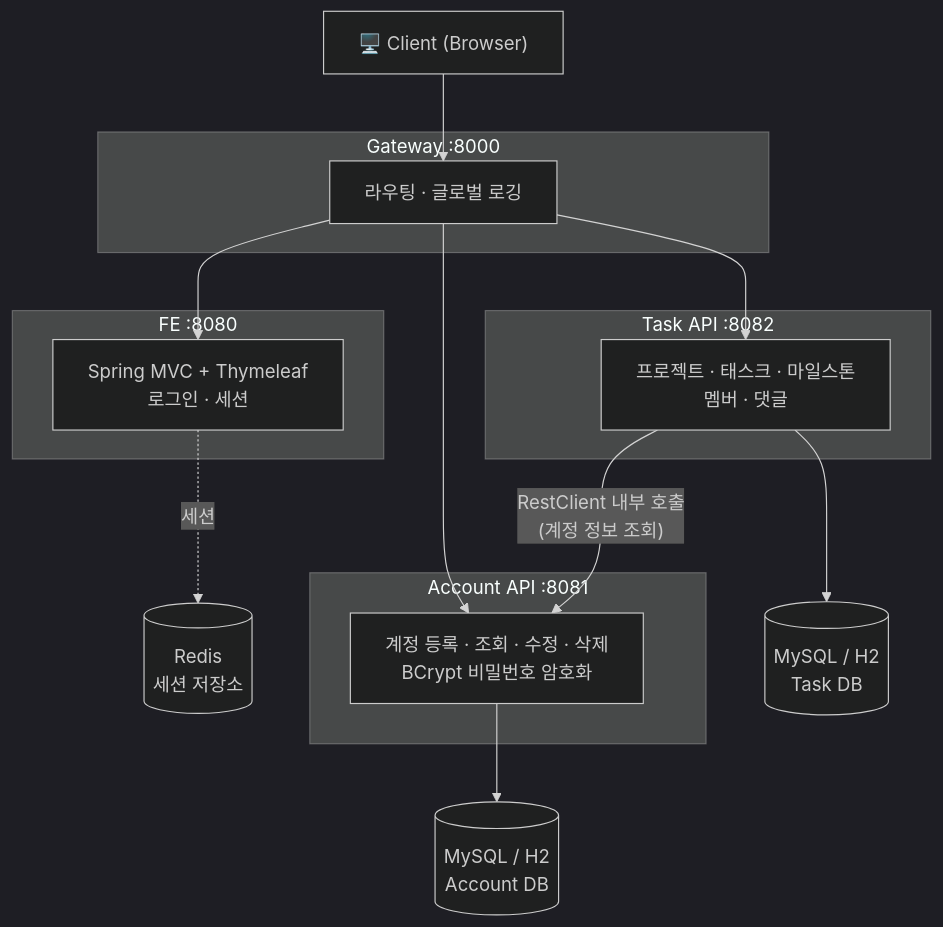
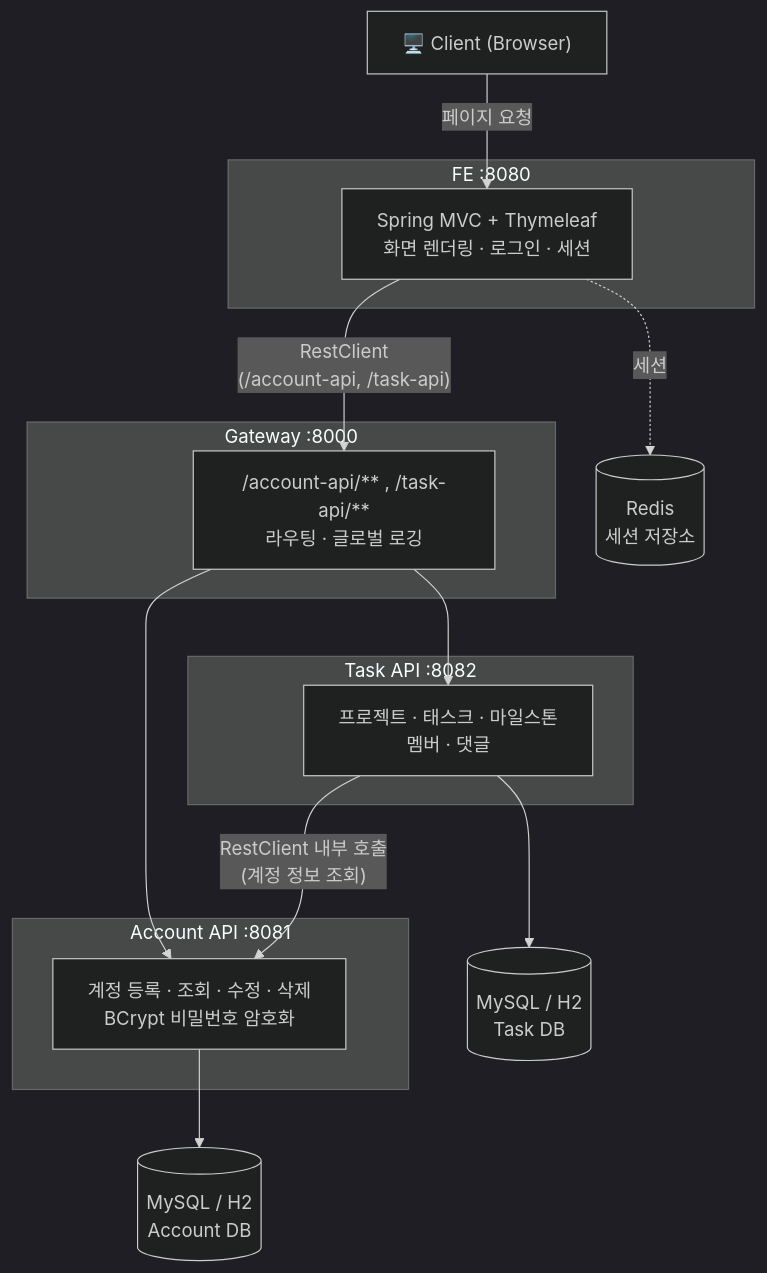
Before and after one commit to AIOT3-miniDooray-team11/.github: the diagram in profile/README.md, drawn with Mermaid (dark theme). The commit also changed other lines of this file, not shown here.

````diff
--- a/profile/README.md
+++ b/profile/README.md
@@ -36,33 +36,33 @@
 ```mermaid
 flowchart TB
     Client["🖥️ Client (Browser)"]
 
-    subgraph Gateway["Gateway :8000"]
-        GW["라우팅 · 글로벌 로깅"]
+    subgraph FE["FE :8080"]
+        FES["Spring MVC + Thymeleaf<br/>화면 렌더링 · 로그인 · 세션"]
     end
 
-    subgraph FE["FE :8080"]
-        FES["Spring MVC + Thymeleaf<br/>로그인 · 세션"]
+    subgraph Gateway["Gateway :8000"]
+        GW["/account-api/** , /task-api/**<br/>라우팅 · 글로벌 로깅"]
     end
 
     subgraph AccountAPI["Account API :8081"]
         ACS["계정 등록 · 조회 · 수정 · 삭제<br/>BCrypt 비밀번호 암호화"]
     end
 
     subgraph TaskAPI["Task API :8082"]
         TKS["프로젝트 · 태스크 · 마일스톤<br/>멤버 · 댓글"]
     end
 
     Redis[("Redis<br/>세션 저장소")]
     AccountDB[("MySQL / H2<br/>Account DB")]
     TaskDB[("MySQL / H2<br/>Task DB")]
 
-    Client --> GW
-    GW --> FES
+    Client -- "페이지 요청" --> FES
+    FES -. 세션 .-> Redis
+    FES -- "RestClient<br/>(/account-api, /task-api)" --> GW
     GW --> ACS
     GW --> TKS
-    FES -. 세션 .-> Redis
     TKS -- "RestClient 내부 호출<br/>(계정 정보 조회)" --> ACS
     ACS --> AccountDB
     TKS --> TaskDB
 ```
````
